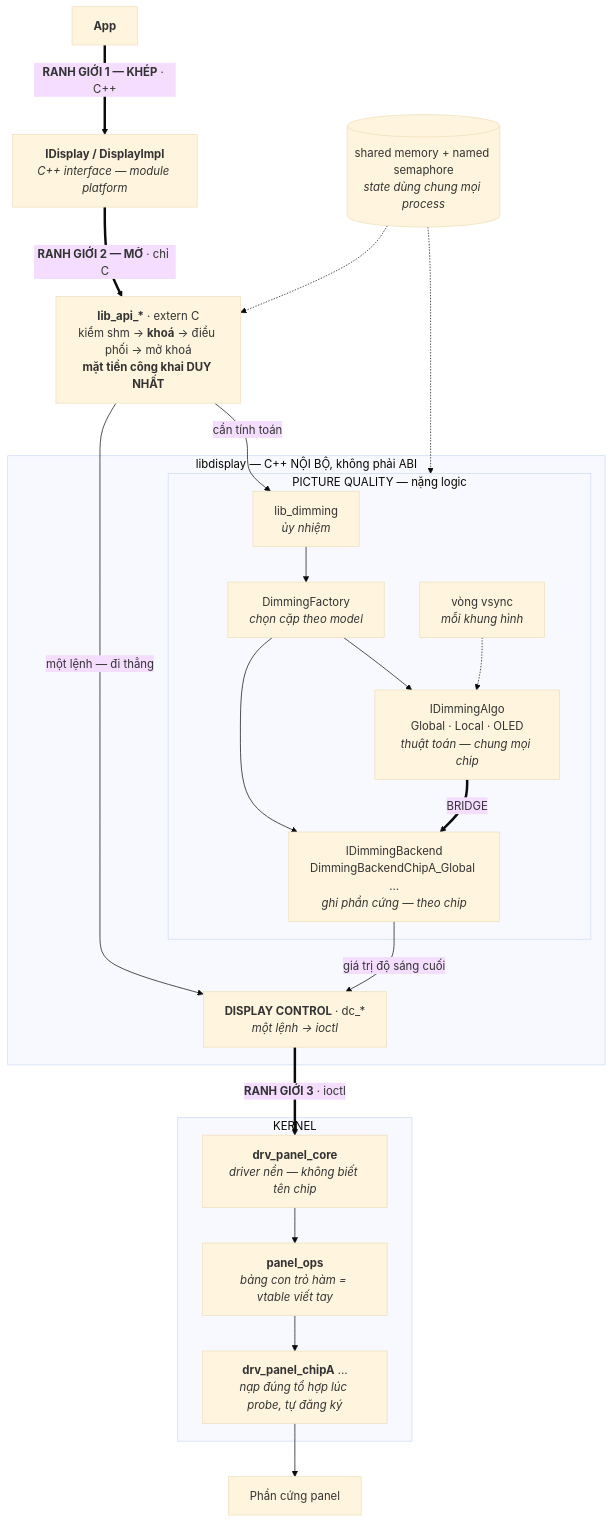
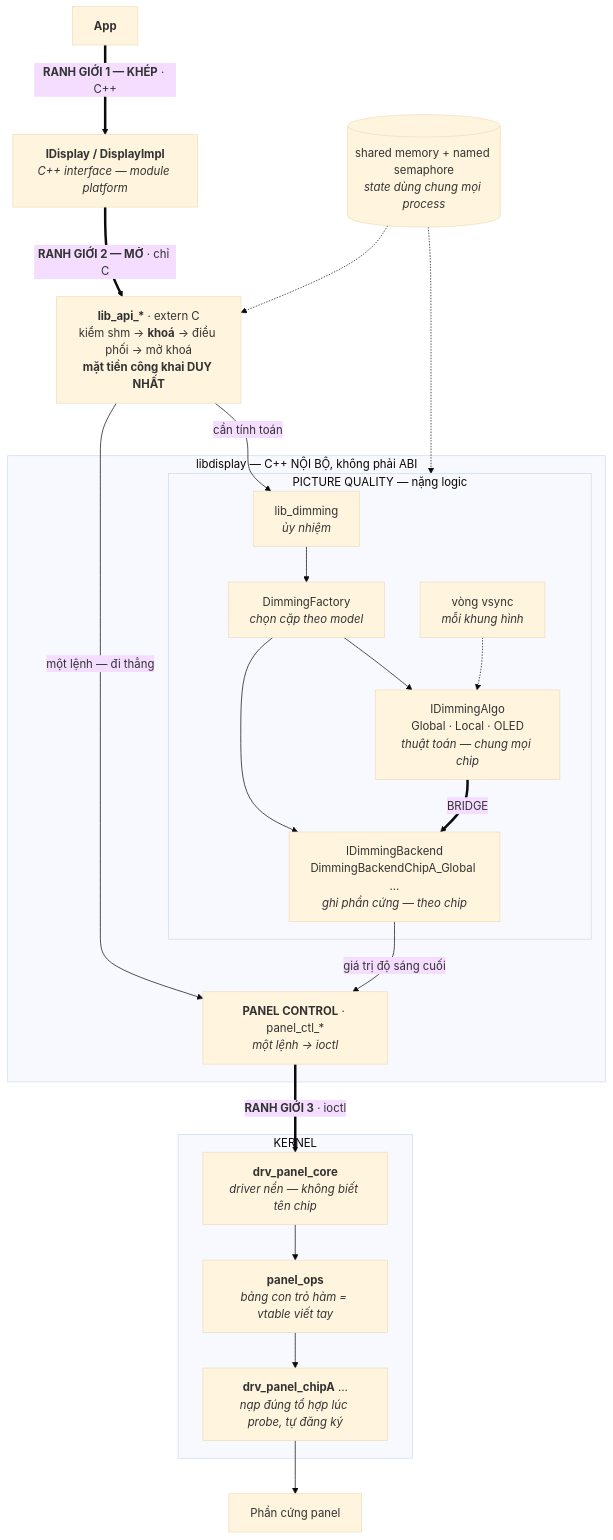
One commit to gia0901/Embedded-Knowledge changed the first of 5 diagrams in 11-design-patterns/in-practice/A1-baseline-libdisplay.md. Above: the diagram before and after it, drawn with Mermaid (base theme). The commit also changed other lines of this file and 21 other files, not shown here.

````diff
--- a/11-design-patterns/in-practice/A1-baseline-libdisplay.md
+++ b/11-design-patterns/in-practice/A1-baseline-libdisplay.md
@@ -38,42 +40,42 @@
 ```mermaid
 flowchart TD
     APP["<b>App</b>"]
     T0["<b>IDisplay / DisplayImpl</b><br/><i>C++ interface — module platform</i>"]
     API["<b>lib_api_*</b> · extern C<br/>kiểm shm → <b>khoá</b> → điều phối → mở khoá<br/><b>mặt tiền công khai DUY NHẤT</b>"]
 
     subgraph LIB["libdisplay — C++ NỘI BỘ, không phải ABI"]
         subgraph PQ["PICTURE QUALITY — nặng logic"]
             DIM["lib_dimming<br/><i>ủy nhiệm</i>"]
             FAC["DimmingFactory<br/><i>chọn cặp theo model</i>"]
             ALG["IDimmingAlgo<br/>Global · Local · OLED<br/><i>thuật toán — chung mọi chip</i>"]
             BE["IDimmingBackend<br/>DimmingBackendChipA_Global …<br/><i>ghi phần cứng — theo chip</i>"]
             VS["vòng vsync<br/><i>mỗi khung hình</i>"]
             DIM --> FAC
             FAC --> ALG
             FAC --> BE
             ALG ==>|"BRIDGE"| BE
             VS -.-> ALG
         end
-        DC["<b>DISPLAY CONTROL</b> · dc_*<br/><i>một lệnh → ioctl</i>"]
+        DC["<b>PANEL CONTROL</b> · panel_ctl_*<br/><i>một lệnh → ioctl</i>"]
     end
 
     subgraph KER["KERNEL"]
         CORE["<b>drv_panel_core</b><br/><i>driver nền — không biết tên chip</i>"]
         OPS["<b>panel_ops</b><br/><i>bảng con trỏ hàm = vtable viết tay</i>"]
         CHIP["<b>drv_panel_chipA</b> …<br/><i>nạp đúng tổ hợp lúc probe, tự đăng ký</i>"]
         CORE --> OPS --> CHIP
     end
 
     HW["Phần cứng panel"]
     SHM[("shared memory + named semaphore<br/><i>state dùng chung mọi process</i>")]
 
     APP ==>|"<b>RANH GIỚI 1 — KHÉP</b> · C++"| T0
     T0 ==>|"<b>RANH GIỚI 2 — MỞ</b> · chỉ C"| API
     API -->|"cần tính toán"| DIM
     API -->|"một lệnh — đi thẳng"| DC
     BE -->|"giá trị độ sáng cuối"| DC
     DC ==>|"<b>RANH GIỚI 3</b> · ioctl"| CORE
     CHIP --> HW
     SHM -.-> API
     SHM -.-> PQ
 ```
````
